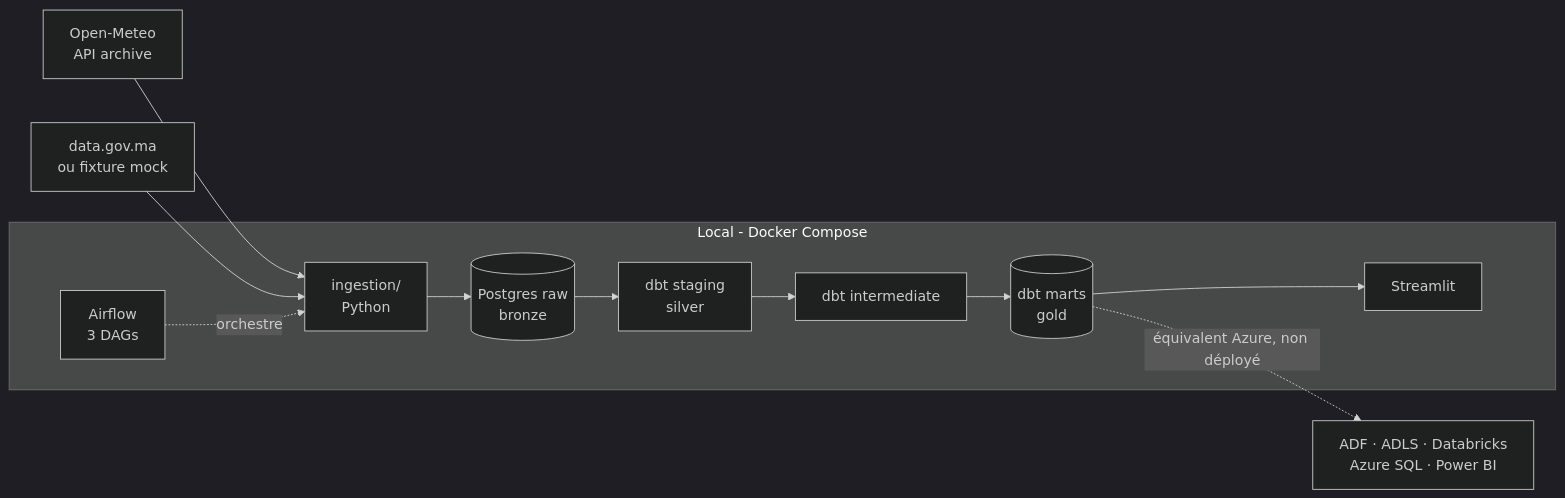
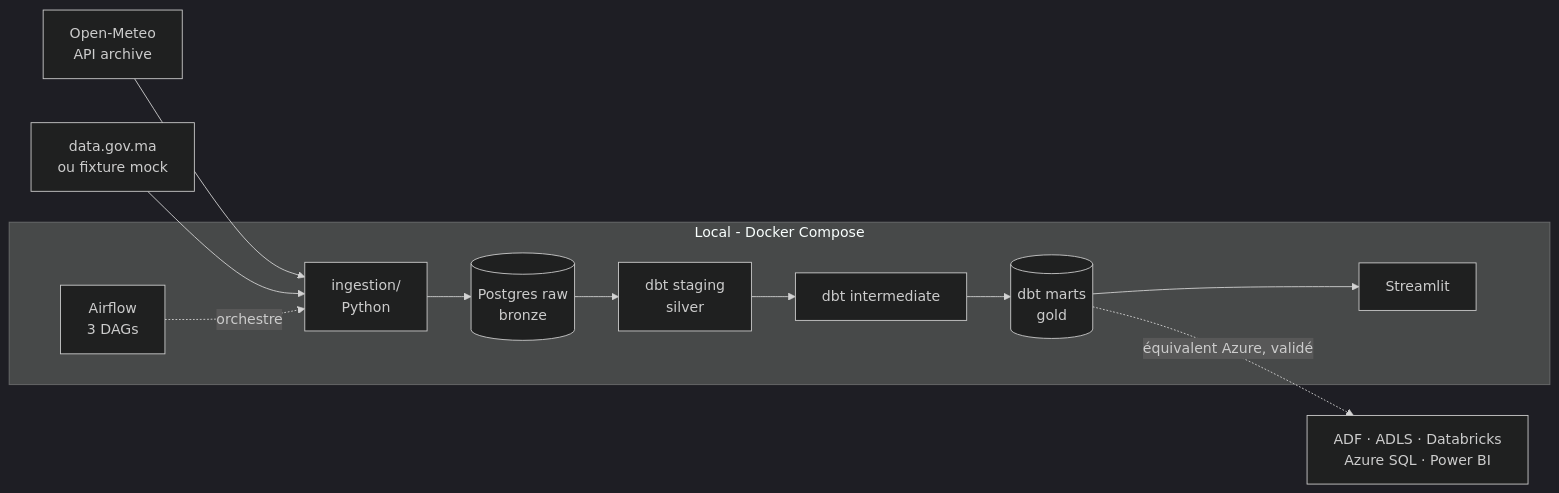
One commit to BadreMs/pipeline-data-climat-agriculture changed the diagram in README.md. Above: the diagram before and after it, drawn with Mermaid (dark theme). The commit also changed other lines of this file and 10 other files, not shown here.

First line of the commit message:
feat(azure): complete medallion pipeline end-to-end (ADF + Databricks + SQL)

````diff
--- a/README.md
+++ b/README.md
@@ -20,14 +24,14 @@
 ```mermaid
 flowchart LR
     OM[Open-Meteo<br/>API archive] --> ING
     DG[data.gov.ma<br/>ou fixture mock] --> ING
     subgraph LOCAL [Local - Docker Compose]
         AF[Airflow<br/>3 DAGs] -.orchestre.-> ING[ingestion/<br/>Python]
         ING --> RAW[(Postgres raw<br/>bronze)]
         RAW --> STG[dbt staging<br/>silver]
         STG --> INT[dbt intermediate]
         INT --> MARTS[(dbt marts<br/>gold)]
         MARTS --> APP[Streamlit]
     end
-    MARTS -.équivalent Azure, non déployé.-> AZ[ADF · ADLS · Databricks<br/>Azure SQL · Power BI]
+    MARTS -.équivalent Azure, validé.-> AZ[ADF · ADLS · Databricks<br/>Azure SQL · Power BI]
 ```
````
